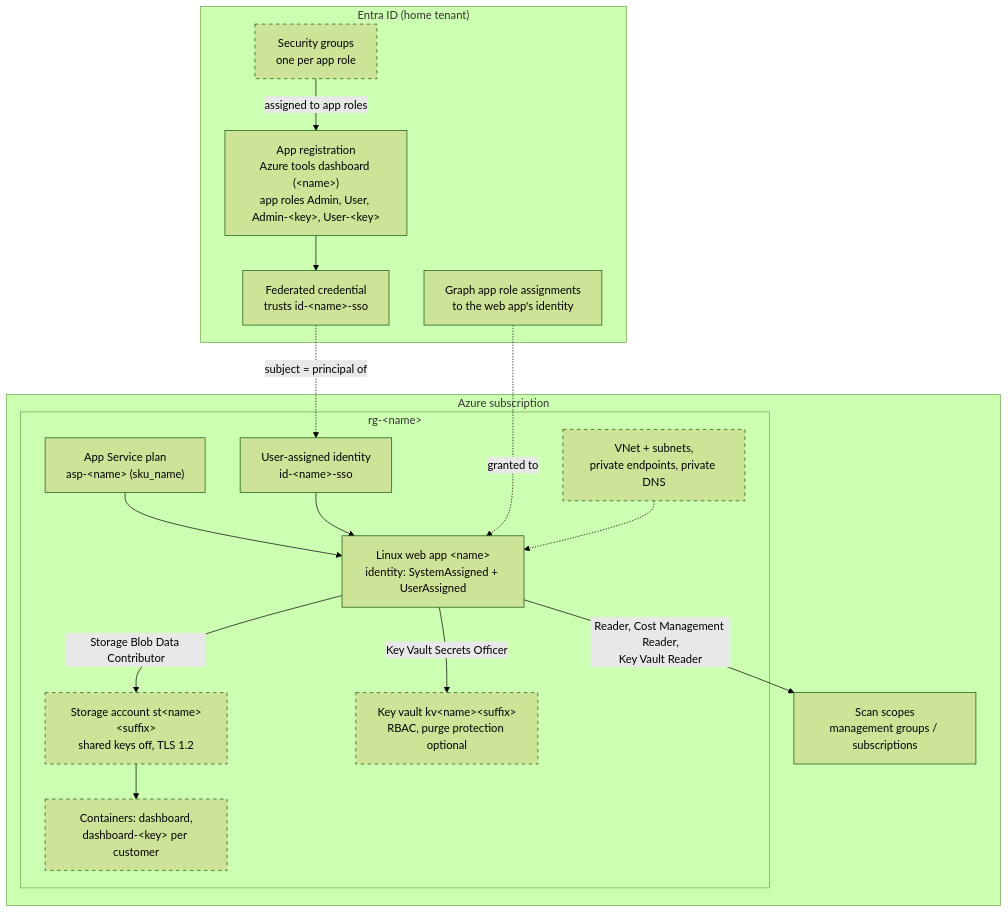
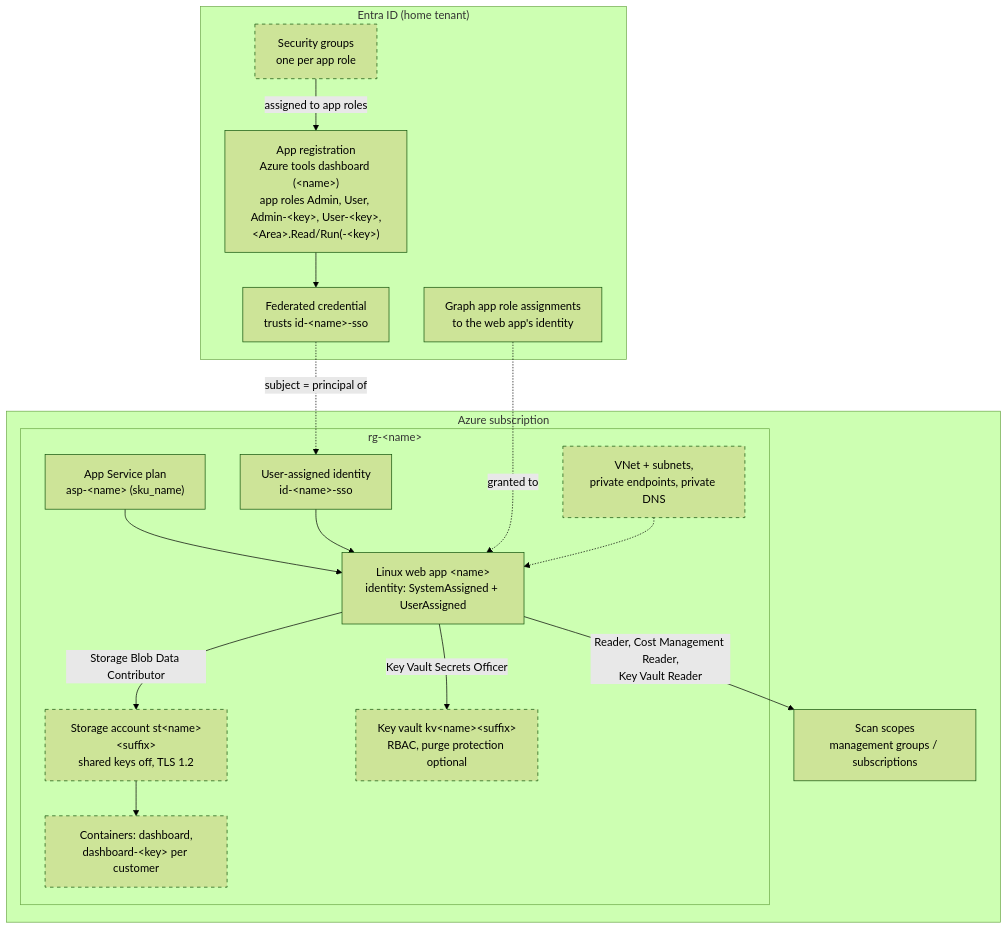
One commit to Gooseankles/cirrus-watch changed the second of 10 diagrams in docs/architecture.md. Above: the diagram before and after it, drawn with Mermaid (forest theme). The commit also changed other lines of this file and 20 other files, not shown here.

Commit message:
Area roles: Identity, Platform, Security and Cost Read/Run, per tenant too; readers can accept findings; Key Vault item check optional (off)

````diff
--- a/docs/architecture.md
+++ b/docs/architecture.md
@@ -69,36 +69,36 @@
 ```mermaid
 flowchart TB
   subgraph az["Azure subscription"]
     subgraph rg["rg-&lt;name&gt;"]
       asp["App Service plan<br/>asp-&lt;name&gt; (sku_name)"]
       web["Linux web app &lt;name&gt;<br/>identity: SystemAssigned + UserAssigned"]
       uami["User-assigned identity<br/>id-&lt;name&gt;-sso"]
       st["Storage account st&lt;name&gt;&lt;suffix&gt;<br/>shared keys off, TLS 1.2"]
       cont["Containers: dashboard,<br/>dashboard-&lt;key&gt; per customer"]
       kv["Key vault kv&lt;name&gt;&lt;suffix&gt;<br/>RBAC, purge protection optional"]
       vnet["VNet + subnets,<br/>private endpoints, private DNS"]
     end
     scopes["Scan scopes<br/>management groups / subscriptions"]
   end
   subgraph entra["Entra ID (home tenant)"]
-    sso["App registration<br/>Azure tools dashboard (&lt;name&gt;)<br/>app roles Admin, User, Admin-&lt;key&gt;, User-&lt;key&gt;"]
+    sso["App registration<br/>Azure tools dashboard (&lt;name&gt;)<br/>app roles Admin, User, Admin-&lt;key&gt;, User-&lt;key&gt;,<br/>&lt;Area&gt;.Read/Run(-&lt;key&gt;)"]
     fic["Federated credential<br/>trusts id-&lt;name&gt;-sso"]
     groups["Security groups<br/>one per app role"]
     graphperm["Graph app role assignments<br/>to the web app's identity"]
   end
 
   asp --> web
   uami --> web
   st --> cont
   web -- "Storage Blob Data Contributor" --> st
   web -- "Key Vault Secrets Officer" --> kv
   web -- "Reader, Cost Management Reader,<br/>Key Vault Reader" --> scopes
   sso --> fic
   fic -. "subject = principal of" .-> uami
   groups -- "assigned to app roles" --> sso
   graphperm -. "granted to" .-> web
   vnet -.-> web
 
   classDef opt stroke-dasharray: 5 5
   class st,cont,kv,vnet,groups opt
 ```
````
